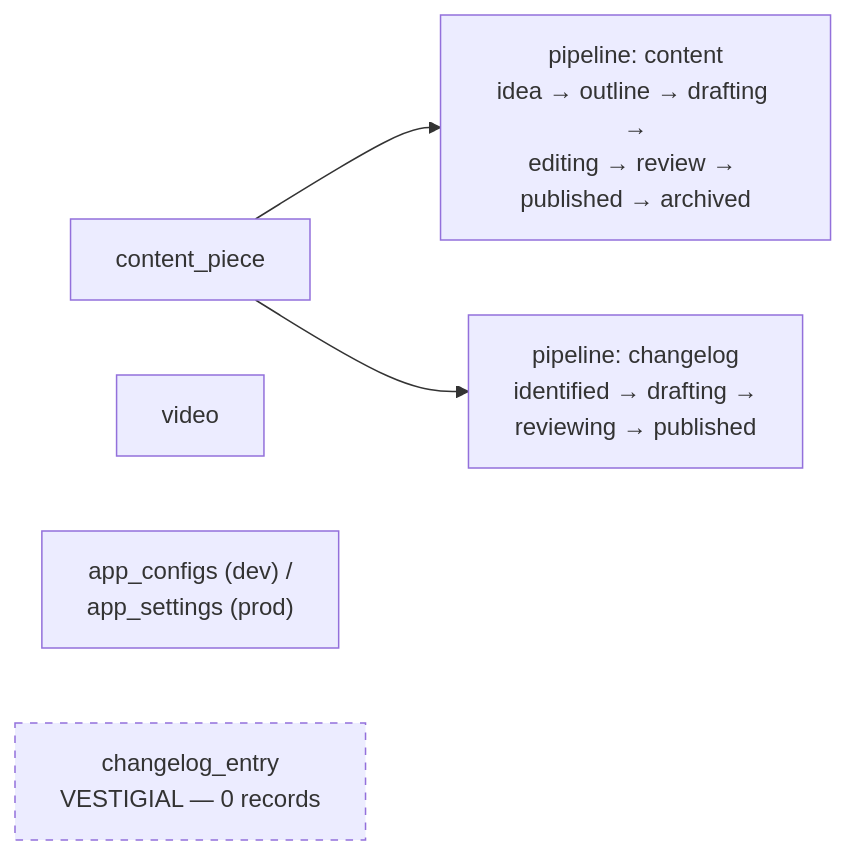
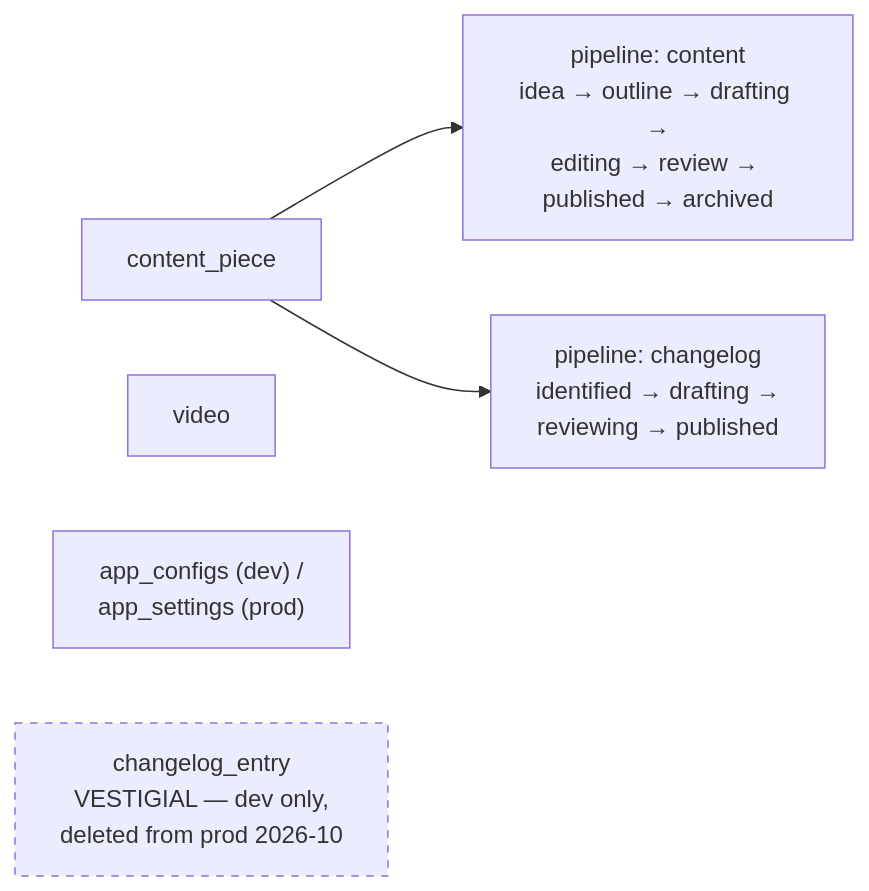
Before and after one commit to dennisedson/hubspot-central-brain: the fourth of 5 diagrams in docs/ARCHITECTURE.md, drawn with Mermaid. The commit also changed other lines of this file and 8 other files, not shown here.

````diff
--- a/docs/ARCHITECTURE.md
+++ b/docs/ARCHITECTURE.md
@@ -128,13 +194,13 @@
 ```mermaid
 flowchart LR
     cp["content_piece"]
     p1["pipeline: content<br/>idea → outline → drafting →<br/>editing → review → published → archived"]
     p2["pipeline: changelog<br/>identified → drafting →<br/>reviewing → published"]
     cp --> p1
     cp --> p2
     v["video"]
     cfg["app_configs (dev) /<br/>app_settings (prod)"]
-    ce["changelog_entry<br/>VESTIGIAL — 0 records"]
+    ce["changelog_entry<br/>VESTIGIAL — dev only,<br/>deleted from prod 2026-10"]
 
     style ce stroke-dasharray: 5 5
 ```
````
